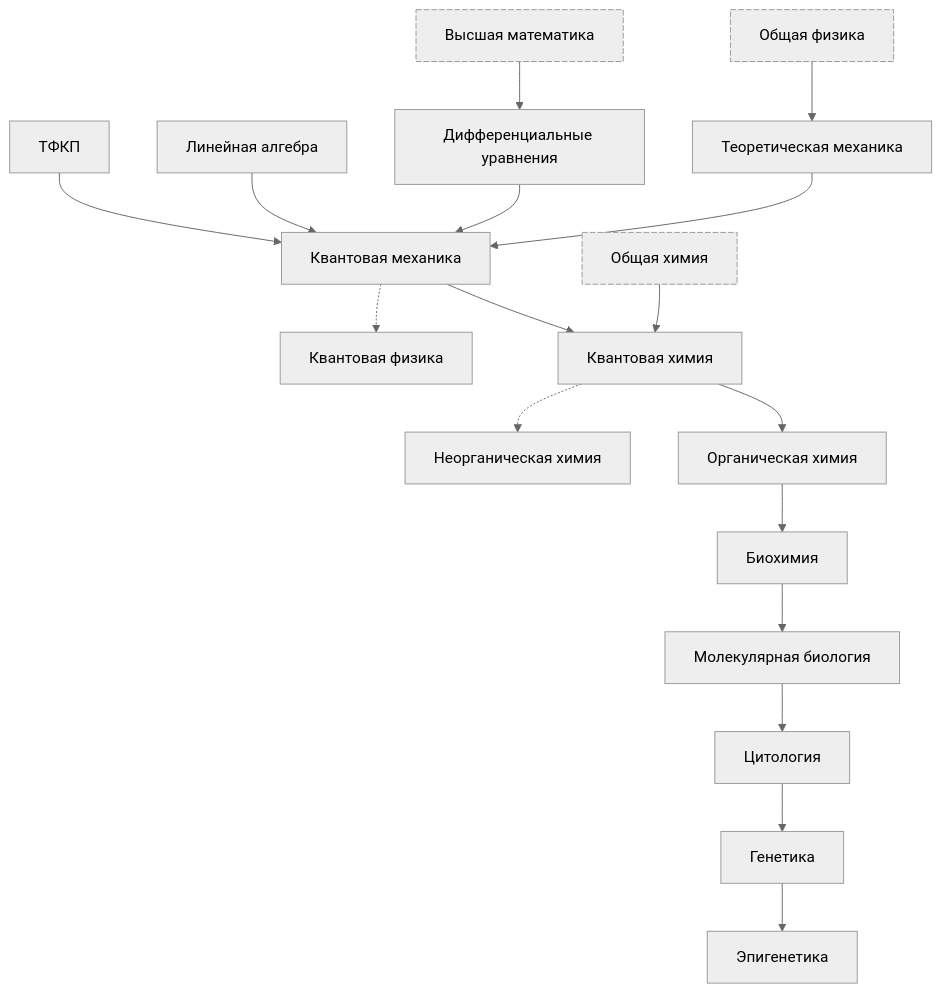
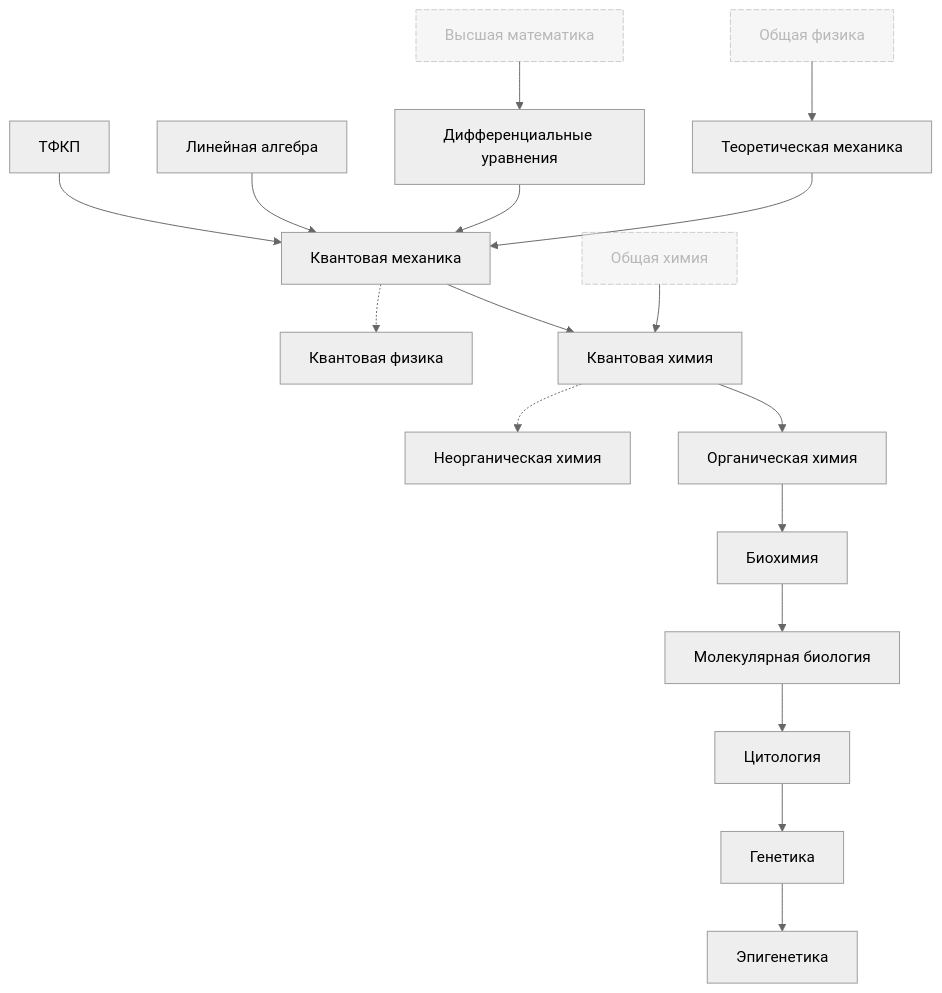
One commit to prozion/anti-aging-education changed the diagram in learning-tracks.md. Above: the diagram before and after it, drawn with Mermaid (neutral theme).

````diff
--- a/learning-tracks.md
+++ b/learning-tracks.md
@@ -7,34 +7,34 @@
 ```mermaid
 flowchart TD;
     Mgen[Высшая математика]:::cond;
     Linal[Линейная алгебра]
     Diffur[Дифференциальные уравнения]
     Tfkp[ТФКП]
     Phgen[Общая физика]:::cond;
     Teormech[Теоретическая механика]
     Qmech[Квантовая механика];
     Phq[Квантовая физика];
     Chgen[Общая химия]:::cond;
     Chnorg[Неорганическая химия];
     Chorg[Органическая химия];
     Chq[Квантовая химия];
     Bioch[Биохимия];
     Molb[Молекулярная биология]
     Cyt[Цитология]
     Gen[Генетика]
     Epi[Эпигенетика]
 
     Chgen --> Chq --> Chorg --> Bioch --> Molb --> Cyt --> Gen --> Epi;
     Chq -.-> Chnorg;
     Phgen --> Teormech --> Qmech --> Chq;
     Mgen --> Diffur --> Qmech;
     Qmech -.-> Phq;
     Linal --> Qmech;
     Tfkp --> Qmech;
 
-    classDef cond stroke-dasharray:6 2;
+    classDef cond stroke-dasharray:6 2,opacity:0.5;
 
     click Tfkp callback "Теория функций комплексного переменного"
     click Chorg href "https://github.com/prozion/anti-aging-education/#органическая-химия" _blank
     click Chq "https://github.com/prozion/anti-aging-education/#квантовая-химия" _blank
 ```
````
